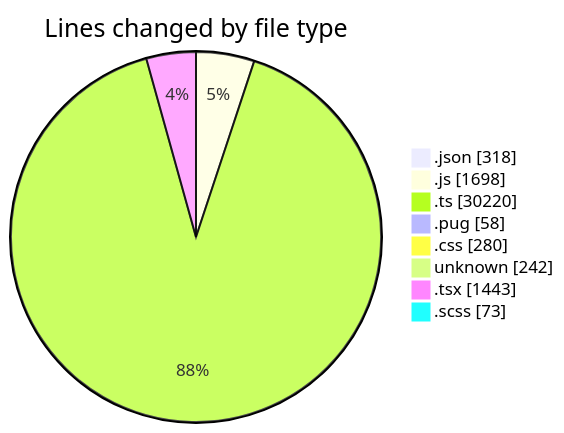
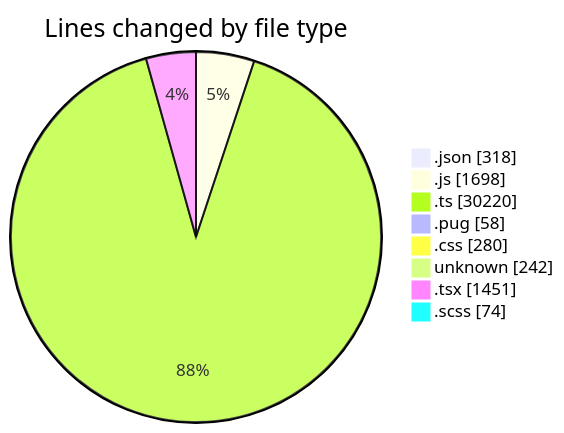
The first of 2 diagrams in 2026-06-02/cda/README.md (momahboobian/code-tracking), drawn with Mermaid before and after one commit. The commit also changed other lines of this file and 1 other file, not shown here.

````diff
--- a/2026-06-02/cda/README.md
+++ b/2026-06-02/cda/README.md
@@ -64,12 +64,12 @@
 ```mermaid
 pie showData
 title Lines changed by file type
 ".json" : 318
 ".js" : 1698
 ".ts" : 30220
 ".pug" : 58
 ".css" : 280
 "unknown" : 242
-".tsx" : 1443
-".scss" : 73
+".tsx" : 1451
+".scss" : 74
 ```
````
